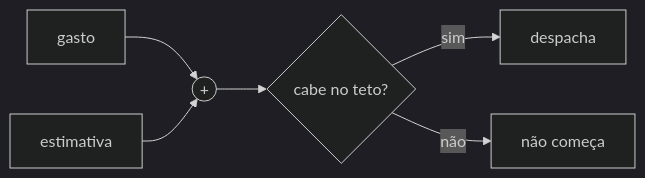
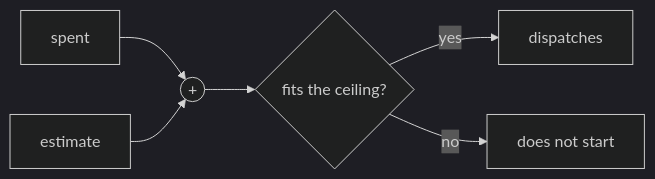
Before and after one commit to enzoconsulo/factory-tcc: the diagram in docs/tasks/en/E4-task-production-line/FAB-406-spending-ceiling-per-round-and-per-task.md, drawn with Mermaid (dark theme). The commit also changed 52 other files, not shown here.

````diff
--- a/docs/tasks/en/E4-task-production-line/FAB-406-spending-ceiling-per-round-and-per-task.md
+++ b/docs/tasks/en/E4-task-production-line/FAB-406-spending-ceiling-per-round-and-per-task.md
@@ -11,8 +11,8 @@
 ```mermaid
 flowchart LR
-  G["gasto"] --> S(("+"))
-  E["estimativa"] --> S
-  S --> C{"cabe no teto?"}
-  C -- "sim" --> Y["despacha"]
-  C -- "não" --> N["não começa"]
+  G["spent"] --> S(("+"))
+  E["estimate"] --> S
+  S --> C{"fits the ceiling?"}
+  C -- "yes" --> Y["dispatches"]
+  C -- "no" --> N["does not start"]
 ```
````
